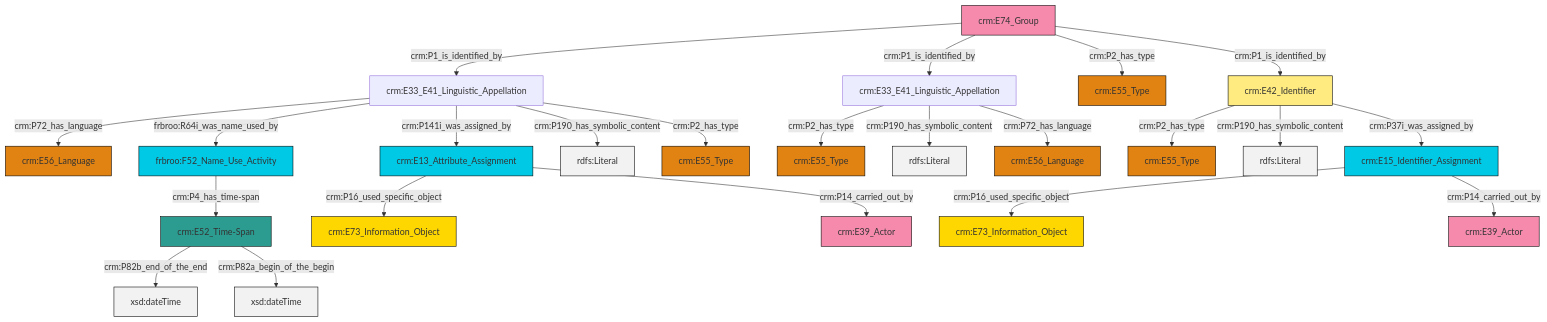
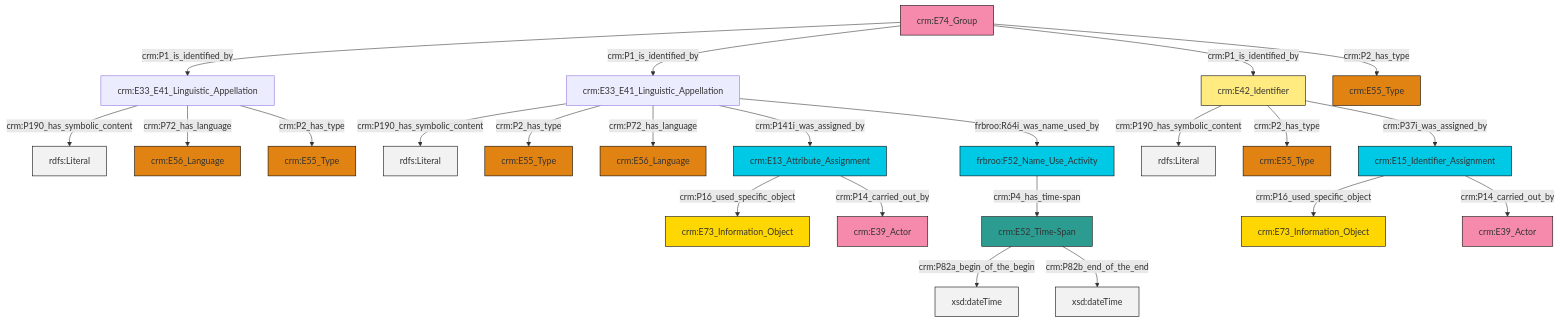
The diagram in et/groupCSV/ttl/mmd/group_name.ttl.mmd (swiss-art-research-net/docs.swissartresearch), drawn with Mermaid before and after one commit. The commit also changed 177 other files, not shown here.

```diff
--- a/et/groupCSV/ttl/mmd/group_name.ttl.mmd
+++ b/et/groupCSV/ttl/mmd/group_name.ttl.mmd
@@ -1,37 +1,37 @@
 graph TD
 classDef Literal fill:#f2f2f2,stroke:#000000;
 classDef CRM_Entity fill:#FFFFFF,stroke:#000000;
 classDef Temporal_Entity fill:#00C9E6, stroke:#000000;
 classDef Type fill:#E18312, stroke:#000000;
 classDef Time-Span fill:#2C9C91, stroke:#000000;
 classDef Appellation fill:#FFEB7F, stroke:#000000;
 classDef Place fill:#008836, stroke:#000000;
 classDef Persistent_Item fill:#B266B2, stroke:#000000;
 classDef Conceptual_Object fill:#FFD700, stroke:#000000;
 classDef Physical_Thing fill:#D2B48C, stroke:#000000;
 classDef Actor fill:#f58aad, stroke:#000000;
 classDef PC_Classes fill:#4ce600, stroke:#000000;
 classDef Multi fill:#cccccc,stroke:#000000;
 
-0["crm:E13_Attribute_Assignment"]:::Temporal_Entity -->|crm:P16_used_specific_object| 1["crm:E73_Information_Object"]:::Conceptual_Object
-4["crm:E33_E41_Linguistic_Appellation"]:::Default -->|crm:P72_has_language| 2["crm:E56_Language"]:::Type
-9["crm:E74_Group"]:::Actor -->|crm:P1_is_identified_by| 4["crm:E33_E41_Linguistic_Appellation"]:::Default
-20["crm:E52_Time-Span"]:::Time-Span -->|crm:P82b_end_of_the_end| 21[xsd:dateTime]:::Literal
-22["crm:E42_Identifier"]:::Appellation -->|crm:P2_has_type| 23["crm:E55_Type"]:::Type
-24["crm:E33_E41_Linguistic_Appellation"]:::Default -->|crm:P2_has_type| 10["crm:E55_Type"]:::Type
-18["frbroo:F52_Name_Use_Activity"]:::Temporal_Entity -->|crm:P4_has_time-span| 20["crm:E52_Time-Span"]:::Time-Span
-20["crm:E52_Time-Span"]:::Time-Span -->|crm:P82a_begin_of_the_begin| 26[xsd:dateTime]:::Literal
-4["crm:E33_E41_Linguistic_Appellation"]:::Default -->|frbroo:R64i_was_name_used_by| 18["frbroo:F52_Name_Use_Activity"]:::Temporal_Entity
-22["crm:E42_Identifier"]:::Appellation -->|crm:P190_has_symbolic_content| 27[rdfs:Literal]:::Literal
-15["crm:E15_Identifier_Assignment"]:::Temporal_Entity -->|crm:P16_used_specific_object| 12["crm:E73_Information_Object"]:::Conceptual_Object
-0["crm:E13_Attribute_Assignment"]:::Temporal_Entity -->|crm:P14_carried_out_by| 28["crm:E39_Actor"]:::Actor
-9["crm:E74_Group"]:::Actor -->|crm:P1_is_identified_by| 24["crm:E33_E41_Linguistic_Appellation"]:::Default
-15["crm:E15_Identifier_Assignment"]:::Temporal_Entity -->|crm:P14_carried_out_by| 7["crm:E39_Actor"]:::Actor
-22["crm:E42_Identifier"]:::Appellation -->|crm:P37i_was_assigned_by| 15["crm:E15_Identifier_Assignment"]:::Temporal_Entity
-4["crm:E33_E41_Linguistic_Appellation"]:::Default -->|crm:P141i_was_assigned_by| 0["crm:E13_Attribute_Assignment"]:::Temporal_Entity
-4["crm:E33_E41_Linguistic_Appellation"]:::Default -->|crm:P190_has_symbolic_content| 35[rdfs:Literal]:::Literal
-4["crm:E33_E41_Linguistic_Appellation"]:::Default -->|crm:P2_has_type| 30["crm:E55_Type"]:::Type
-24["crm:E33_E41_Linguistic_Appellation"]:::Default -->|crm:P190_has_symbolic_content| 39[rdfs:Literal]:::Literal
-24["crm:E33_E41_Linguistic_Appellation"]:::Default -->|crm:P72_has_language| 36["crm:E56_Language"]:::Type
-9["crm:E74_Group"]:::Actor -->|crm:P2_has_type| 5["crm:E55_Type"]:::Type
-9["crm:E74_Group"]:::Actor -->|crm:P1_is_identified_by| 22["crm:E42_Identifier"]:::Appellation
+0["crm:E33_E41_Linguistic_Appellation"]:::Default -->|crm:P190_has_symbolic_content| 1[rdfs:Literal]:::Literal
+2["crm:E42_Identifier"]:::Appellation -->|crm:P190_has_symbolic_content| 3[rdfs:Literal]:::Literal
+6["crm:E33_E41_Linguistic_Appellation"]:::Default -->|crm:P190_has_symbolic_content| 7[rdfs:Literal]:::Literal
+10["crm:E52_Time-Span"]:::Time-Span -->|crm:P82a_begin_of_the_begin| 11[xsd:dateTime]:::Literal
+13["crm:E13_Attribute_Assignment"]:::Temporal_Entity -->|crm:P16_used_specific_object| 14["crm:E73_Information_Object"]:::Conceptual_Object
+13["crm:E13_Attribute_Assignment"]:::Temporal_Entity -->|crm:P14_carried_out_by| 17["crm:E39_Actor"]:::Actor
+10["crm:E52_Time-Span"]:::Time-Span -->|crm:P82b_end_of_the_end| 23[xsd:dateTime]:::Literal
+19["crm:E15_Identifier_Assignment"]:::Temporal_Entity -->|crm:P16_used_specific_object| 8["crm:E73_Information_Object"]:::Conceptual_Object
+29["crm:E74_Group"]:::Actor -->|crm:P1_is_identified_by| 6["crm:E33_E41_Linguistic_Appellation"]:::Default
+19["crm:E15_Identifier_Assignment"]:::Temporal_Entity -->|crm:P14_carried_out_by| 31["crm:E39_Actor"]:::Actor
+29["crm:E74_Group"]:::Actor -->|crm:P1_is_identified_by| 0["crm:E33_E41_Linguistic_Appellation"]:::Default
+29["crm:E74_Group"]:::Actor -->|crm:P1_is_identified_by| 2["crm:E42_Identifier"]:::Appellation
+0["crm:E33_E41_Linguistic_Appellation"]:::Default -->|crm:P2_has_type| 34["crm:E55_Type"]:::Type
+2["crm:E42_Identifier"]:::Appellation -->|crm:P2_has_type| 4["crm:E55_Type"]:::Type
+0["crm:E33_E41_Linguistic_Appellation"]:::Default -->|crm:P72_has_language| 25["crm:E56_Language"]:::Type
+32["frbroo:F52_Name_Use_Activity"]:::Temporal_Entity -->|crm:P4_has_time-span| 10["crm:E52_Time-Span"]:::Time-Span
+29["crm:E74_Group"]:::Actor -->|crm:P2_has_type| 37["crm:E55_Type"]:::Type
+2["crm:E42_Identifier"]:::Appellation -->|crm:P37i_was_assigned_by| 19["crm:E15_Identifier_Assignment"]:::Temporal_Entity
+6["crm:E33_E41_Linguistic_Appellation"]:::Default -->|crm:P72_has_language| 21["crm:E56_Language"]:::Type
+6["crm:E33_E41_Linguistic_Appellation"]:::Default -->|crm:P2_has_type| 15["crm:E55_Type"]:::Type
+0["crm:E33_E41_Linguistic_Appellation"]:::Default -->|crm:P141i_was_assigned_by| 13["crm:E13_Attribute_Assignment"]:::Temporal_Entity
+0["crm:E33_E41_Linguistic_Appellation"]:::Default -->|frbroo:R64i_was_name_used_by| 32["frbroo:F52_Name_Use_Activity"]:::Temporal_Entity
```
